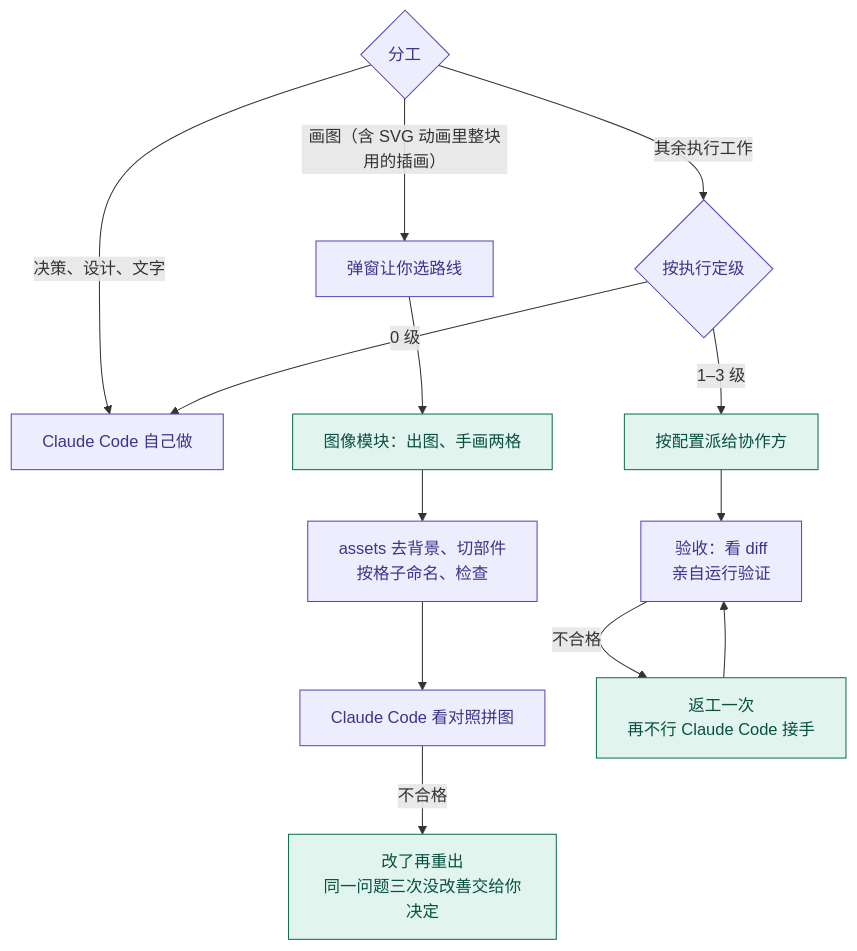
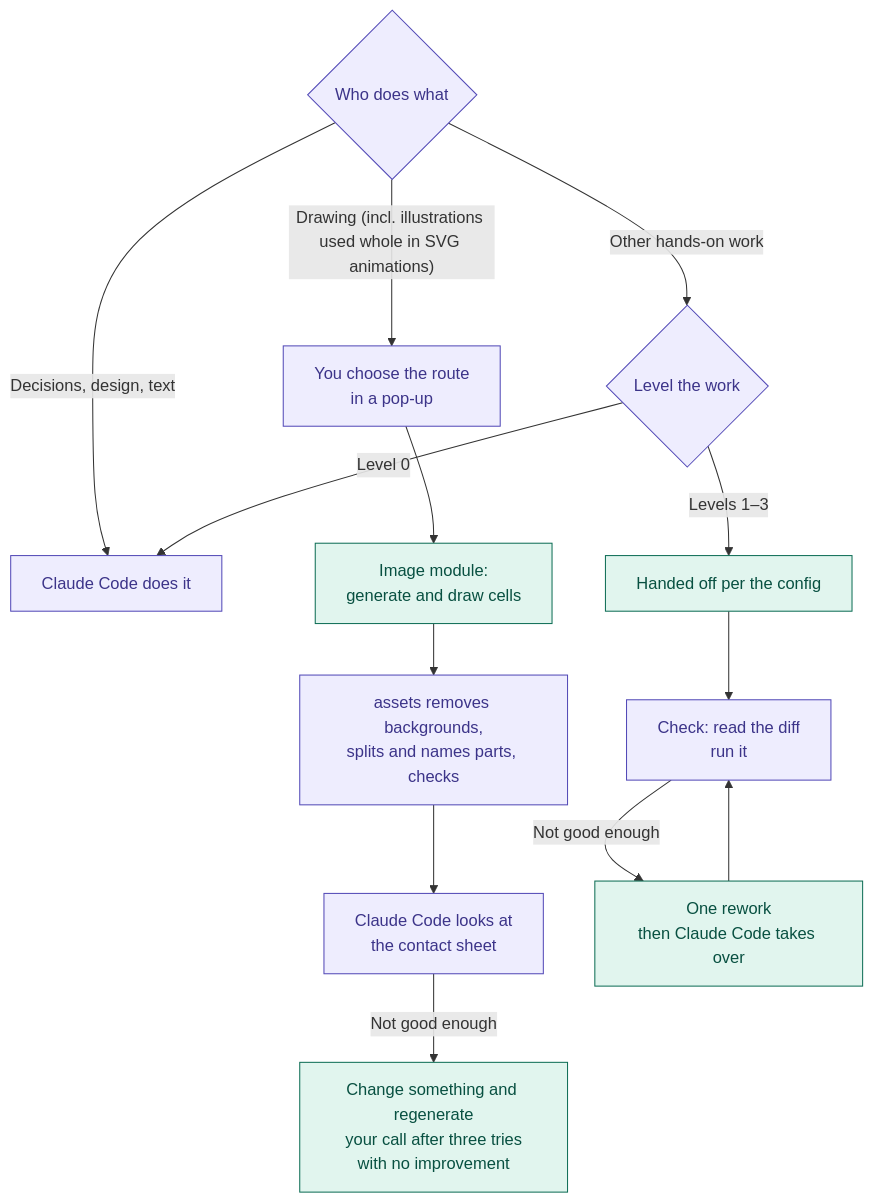
The third of 4 diagrams in README.md (DaydayupV/claude-foreman), drawn with Mermaid before and after one commit. The commit also changed other lines of this file and 2 other files, not shown here.

````diff
--- a/README.md
+++ b/README.md
@@ -75,20 +115,20 @@
 ```mermaid
 flowchart TD
-    r0{"分工"} -- "决策、设计、文字" --> rself["Claude Code 自己做"]
-    r0 -- "画图（含 SVG 动画里整块用的插画）" --> rroute["弹窗让你选路线"]
-    rroute --> rimg["图像模块：出图、手画两格"]
-    r0 -- "其余执行工作" --> rlevel{"按执行定级"}
-    rlevel -- "0 级" --> rself
-    rlevel -- "1–3 级" --> rrun["按配置派给协作方"]
-    rrun --> rcheck["验收：看 diff<br/>亲自运行验证"]
-    rimg --> rasset["assets 去背景、切部件<br/>按格子命名、检查"]
-    rasset --> rimgcheck["Claude Code 看对照拼图"]
-    rimgcheck -- "不合格" --> rimgredo["改了再重出<br/>同一问题三次没改善交给你决定"]
-    rcheck -- "不合格" --> rrework["返工一次<br/>再不行 Claude Code 接手"]
+    r0{"Who does what"} -- "Decisions, design, text" --> rself["Claude Code does it"]
+    r0 -- "Drawing (incl. illustrations used whole in SVG animations)" --> rroute["You choose the route<br/>in a pop-up"]
+    rroute --> rimg["Image module:<br/>generate and draw cells"]
+    r0 -- "Other hands-on work" --> rlevel{"Level the work"}
+    rlevel -- "Level 0" --> rself
+    rlevel -- "Levels 1–3" --> rrun["Handed off per the config"]
+    rrun --> rcheck["Check: read the diff<br/>run it"]
+    rimg --> rasset["assets removes backgrounds,<br/>splits and names parts, checks"]
+    rasset --> rimgcheck["Claude Code looks at<br/>the contact sheet"]
+    rimgcheck -- "Not good enough" --> rimgredo["Change something and regenerate<br/>your call after three tries<br/>with no improvement"]
+    rcheck -- "Not good enough" --> rrework["One rework<br/>then Claude Code takes over"]
     rrework --> rcheck
 
     classDef claude fill:#EEEDFE,stroke:#534AB7,color:#3C3489
     classDef agent fill:#E1F5EE,stroke:#0F6E56,color:#085041
     class r0,rself,rroute,rlevel,rcheck,rasset,rimgcheck claude
     class rimg,rrun,rrework,rimgredo agent
 ```
````
